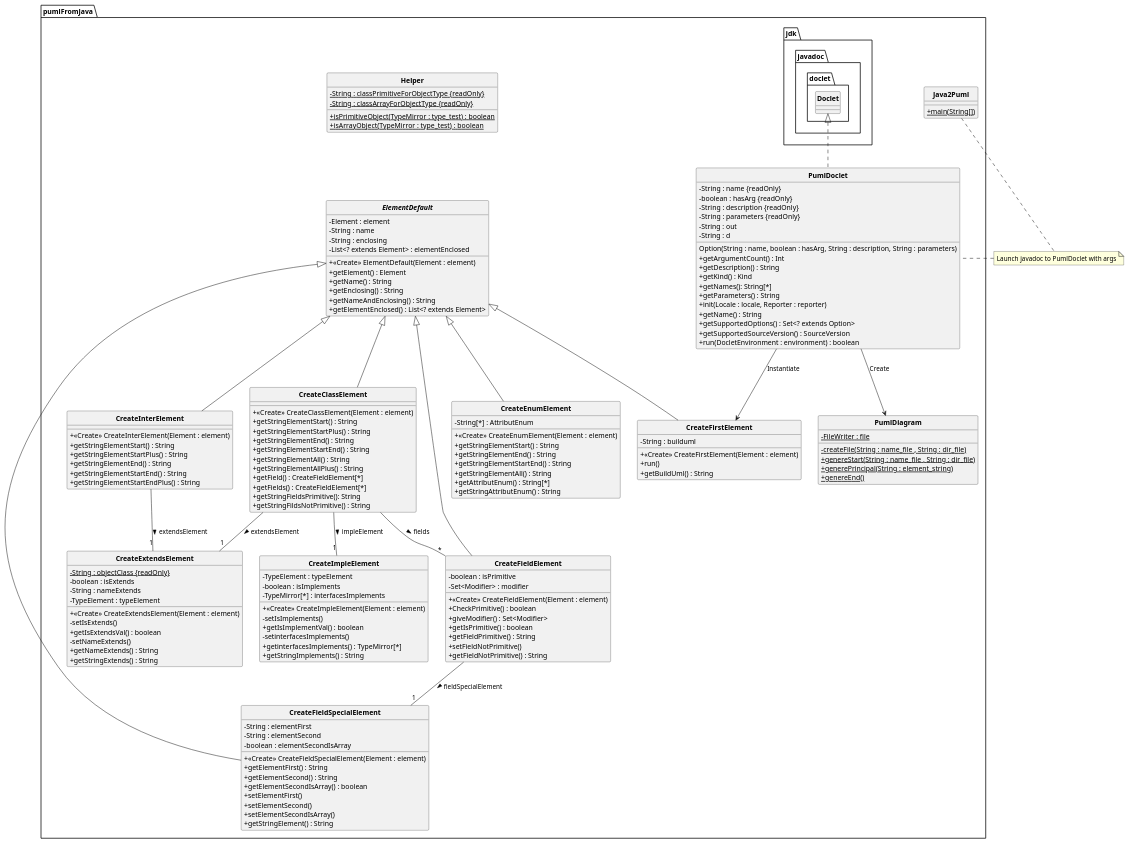
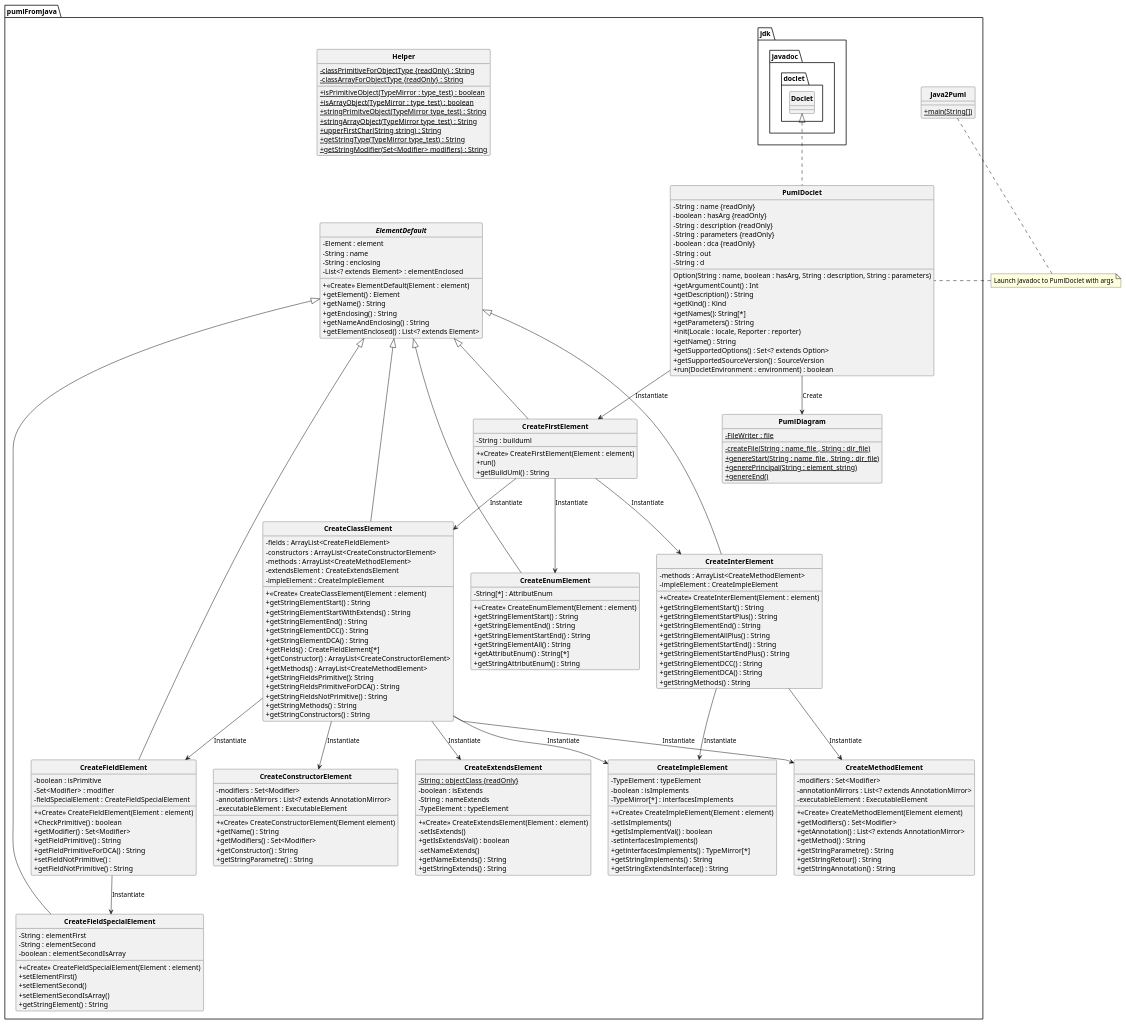
The diagram in uml/DCCpumlFromJava.puml (Tommot67/PumlFromJava), drawn with PlantUML before and after one commit. The commit also changed 1 other file, not shown here.

Commit message:
DCA et DCC semaine 4

```diff
--- a/uml/DCCpumlFromJava.puml
+++ b/uml/DCCpumlFromJava.puml
@@ -12,6 +12,7 @@
         - boolean : hasArg {readOnly}
         - String : description {readOnly}
         - String : parameters {readOnly}
+        - boolean : dca {readOnly}
         - String : out
         - String : d
         Option(String : name, boolean : hasArg, String : description, String : parameters)
@@ -64,47 +65,71 @@
 
     class Helper
     {
-        - {static} String : classPrimitiveForObjectType {readOnly}
-        - {static} String : classArrayForObjectType {readOnly}
+        - {static} classPrimitiveForObjectType {readOnly} : String
+        - {static} classArrayForObjectType {readOnly} : String
         + {static} isPrimitiveObject(TypeMirror : type_test) : boolean
         + {static} isArrayObject(TypeMirror : type_test) : boolean
+        + {static} stringPrimitveObject(TypeMirror type_test) : String
+        + {static} stringArrayObject(TypeMirror type_test) : String
+        + {static} upperFirstChar(String string) : String
+        + {static} getStringType(TypeMirror type_test) : String
+        + {static} getStringModifier(Set<Modifier> modifiers) : String
     }
 
-    class CreateInterElement
+    class CreateInterElement extends ElementDefault
     {
+        - methods : ArrayList<CreateMethodElement>
+        - impleElement : CreateImpleElement
         + <<Create>> CreateInterElement(Element : element)
         + getStringElementStart() : String
         + getStringElementStartPlus() : String
         + getStringElementEnd() : String
+        + getStringElementAllPlus() : String
         + getStringElementStartEnd() : String
         + getStringElementStartEndPlus() : String
+        + getStringElementDCC() : String
+        + getStringElementDCA() : String
+        + getStringMethods() : String
     }
 
     class CreateClassElement
     {
+        - fields : ArrayList<CreateFieldElement>
+        - constructors : ArrayList<CreateConstructorElement>
+        - methods : ArrayList<CreateMethodElement>
+        - extendsElement : CreateExtendsElement
+        - impleElement : CreateImpleElement
         + <<Create>> CreateClassElement(Element : element)
         + getStringElementStart() : String
-        + getStringElementStartPlus() : String
+        + getStringElementStartWithExtends() : String
+        ''+ getStringElementStartPlus() : String
         + getStringElementEnd() : String
-        + getStringElementStartEnd() : String
-        + getStringElementAll() : String
-        + getStringElementAllPlus() : String
-        + getField() : CreateFieldElement[*]
+        ''+ getStringElementStartEnd() : String
+        ''+ getStringElementAll() : String
+        + getStringElementDCC() : String
+        + getStringElementDCA() : String
+        ''+ getStringElementAllPlus() : String
         + getFields() : CreateFieldElement[*]
+        + getConstructor() : ArrayList<CreateConstructorElement>
+        + getMethods() : ArrayList<CreateMethodElement>
         + getStringFieldsPrimitive(): String
-        + getStringFildsNotPrimitive() : String
+        + getStringFieldsPrimitiveForDCA() : String
+        + getStringFieldsNotPrimitive() : String
+        + getStringMethods() : String
+        + getStringConstructors() : String
     }
 
     class CreateFieldElement
     {
         - boolean : isPrimitive
         - Set<Modifier> : modifier
+        - fieldSpecialElement : CreateFieldSpecialElement
         + <<Create>> CreateFieldElement(Element : element)
         + CheckPrimitive() : boolean
-        + giveModifier() : Set<Modifier>
-        + getIsPrimitive() : boolean
+        + getModifier() : Set<Modifier>
         + getFieldPrimitive() : String
-        + setFieldNotPrimitive()
+        + getFieldPrimitiveForDCA() : String
+        + setFieldNotPrimitive() :
         + getFieldNotPrimitive() : String
     }
 
@@ -144,6 +169,7 @@
         - setinterfacesImplements()
         + getinterfacesImplements() : TypeMirror[*]
         + getStringImplements() : String
+        + getStringExtendsInterface() : String
     }
 
     class CreateFieldSpecialElement
@@ -152,17 +178,40 @@
         - String : elementSecond
         - boolean : elementSecondIsArray
         + <<Create>> CreateFieldSpecialElement(Element : element)
-        + getElementFirst() : String
-        + getElementSecond() : String
-        + getElementSecondIsArray() : boolean
         + setElementFirst()
         + setElementSecond()
         + setElementSecondIsArray()
         + getStringElement() : String
     }
 
+    class CreateConstructorElement
+    {
+        - modifiers : Set<Modifier>
+        - annotationMirrors : List<? extends AnnotationMirror>
+        - executableElement : ExecutableElement
+        + <<Create>> CreateConstructorElement(Element element)
+        + getName() : String
+        + getModifiers() : Set<Modifier>
+        + getConstructor() : String
+        + getStringParametre() : String
+
+    }
+
+    class CreateMethodElement
+    {
+        - modifiers : Set<Modifier>
+        - annotationMirrors : List<? extends AnnotationMirror>
+        - executableElement : ExecutableElement
+        + <<Create>> CreateMethodElement(Element element)
+        + getModifiers() : Set<Modifier>
+        + getAnnotation() : List<? extends AnnotationMirror>
+        + getMethod() : String
+        + getStringParametre() : String
+        + getStringRetour() : String
+        + getStringAnnotation() : String
+    }
+
     jdk.javadoc.doclet.Doclet <|.. PumlDoclet
-    ElementDefault <|-- CreateInterElement
     ElementDefault <|-- CreateClassElement
     ElementDefault <|-- CreateFieldElement
     ElementDefault <|-- CreateEnumElement
@@ -170,12 +219,21 @@
     ElementDefault <|-- CreateFieldSpecialElement
     PumlDoclet --> PumlDiagram : "Create"
     PumlDoclet --> CreateFirstElement : "Instantiate"
+    CreateClassElement --> CreateConstructorElement : "Instantiate"
+    CreateFirstElement --> CreateClassElement : "Instantiate"
+    CreateFirstElement --> CreateEnumElement : "Instantiate"
+    CreateClassElement --> CreateExtendsElement : "Instantiate"
+    CreateFieldElement --> CreateFieldSpecialElement : "Instantiate"
+    CreateClassElement --> CreateFieldElement : "Instantiate"
+    CreateClassElement --> CreateImpleElement : "Instantiate"
+    CreateInterElement --> CreateImpleElement : "Instantiate"
 
-    CreateClassElement -- "*" CreateFieldElement : > fields
-    CreateClassElement -- "1" CreateExtendsElement : > extendsElement
-    CreateClassElement -- "1" CreateImpleElement : > impleElement
-    CreateInterElement -- "1" CreateExtendsElement : > extendsElement
-    CreateFieldElement -- "1" CreateFieldSpecialElement : > fieldSpecialElement
+    CreateFirstElement --> CreateInterElement : "Instantiate"
+    CreateClassElement --> CreateMethodElement: "Instantiate"
+    CreateInterElement --> CreateMethodElement : "Instantiate"
+    
+
+
 }
 
 note "Launch javadoc to PumlDoclet with args" as N2
```
